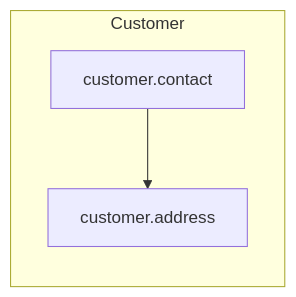
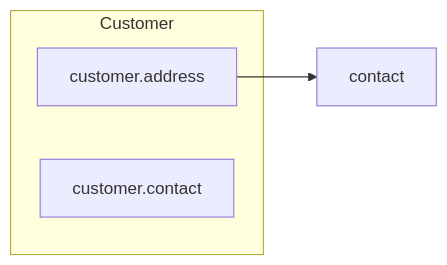
The second of 4 diagrams in blog/_draft.md (andreas-wagner-dev/object-oriented-learning-journey), drawn with Mermaid before and after one commit.

````diff
--- a/blog/_draft.md
+++ b/blog/_draft.md
@@ -79,12 +79,8 @@
 ```mermaid
-
-graph TD
-  subgraph Customer
-    direction TB
-    A[customer.address]
-    B[customer.contact]
-  end
-
-  B --> A
-
+graph LR
+    subgraph Customer
+        Address[customer.address]
+        Contact[customer.contact]
+    end
+    Address --> contact
 ```
````
